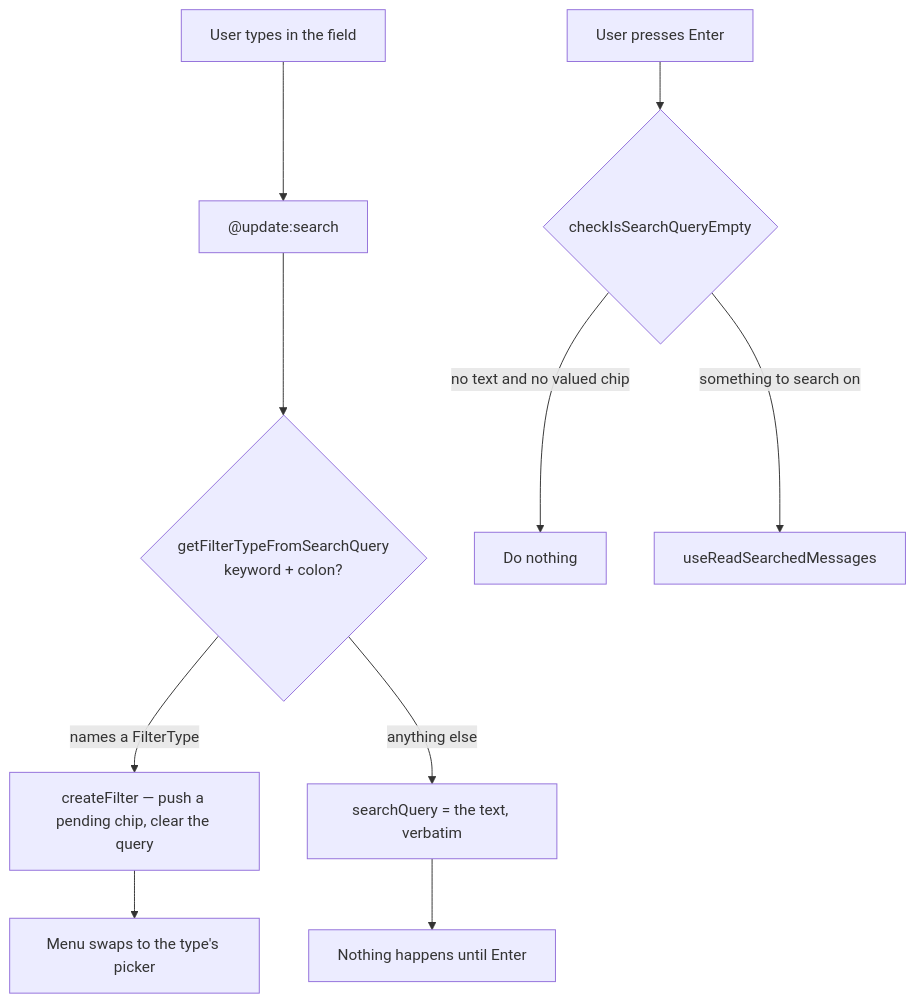
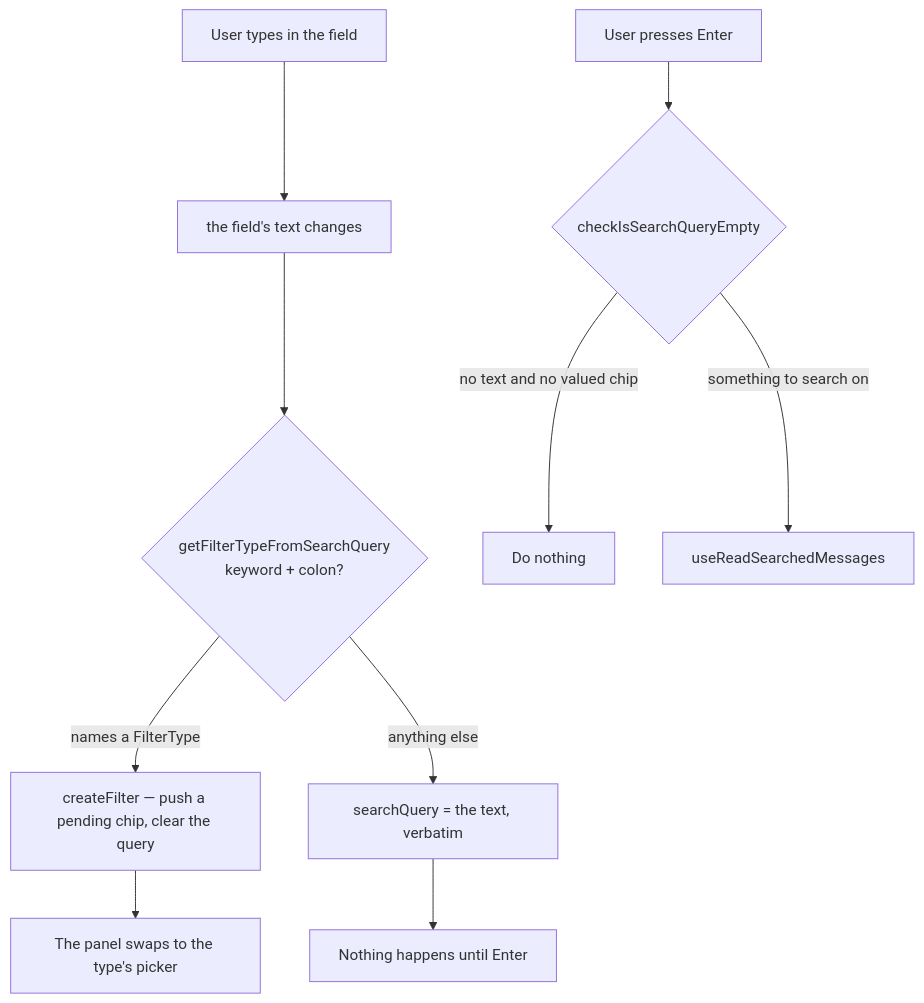
Before and after one commit to Esposter/Esposter: the first of 3 diagrams in apps/web/content/docs/esbabbler/message-search.md, drawn with Mermaid. The commit also changed other lines of this file and 10 other files, not shown here.

First line of the commit message:
feat(ui): the message search is a library token field

````diff
--- a/apps/web/content/docs/esbabbler/message-search.md
+++ b/apps/web/content/docs/esbabbler/message-search.md
@@ -18,12 +18,12 @@
 ```mermaid
 flowchart TD
-  Type["User types in the field"] --> Update["@update:search"]
+  Type["User types in the field"] --> Update["the field's text changes"]
   Update --> Rule{"getFilterTypeFromSearchQuery<br/>keyword + colon?"}
   Rule -- "names a FilterType" --> Create["createFilter — push a pending chip, clear the query"]
   Rule -- "anything else" --> Text["searchQuery = the text, verbatim"]
-  Create --> Picker["Menu swaps to the type's picker"]
+  Create --> Picker["The panel swaps to the type's picker"]
   Text --> Wait["Nothing happens until Enter"]
   Enter["User presses Enter"] --> Empty{"checkIsSearchQueryEmpty"}
   Empty -- "no text and no valued chip" --> Noop["Do nothing"]
   Empty -- "something to search on" --> Read["useReadSearchedMessages"]
 ```
````
